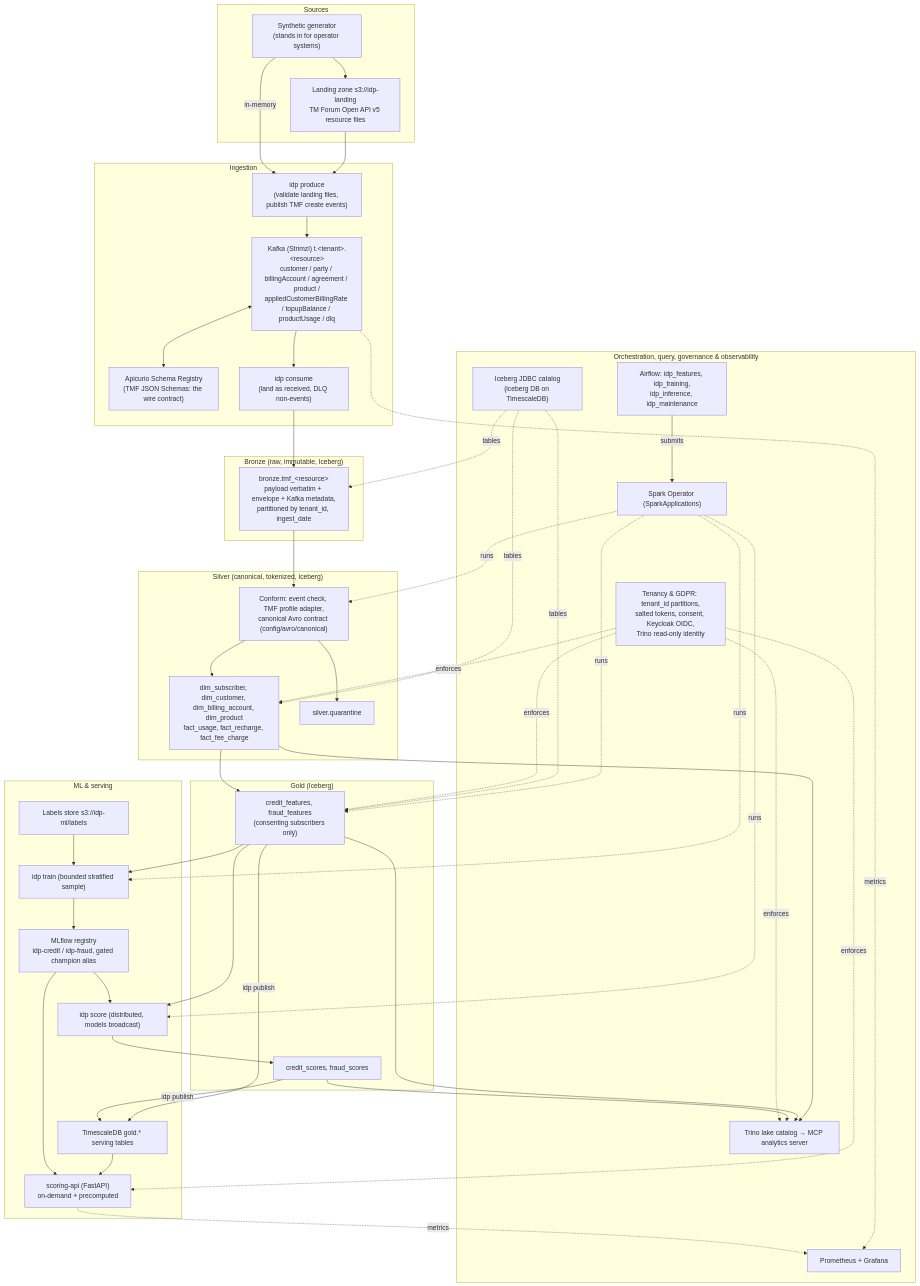
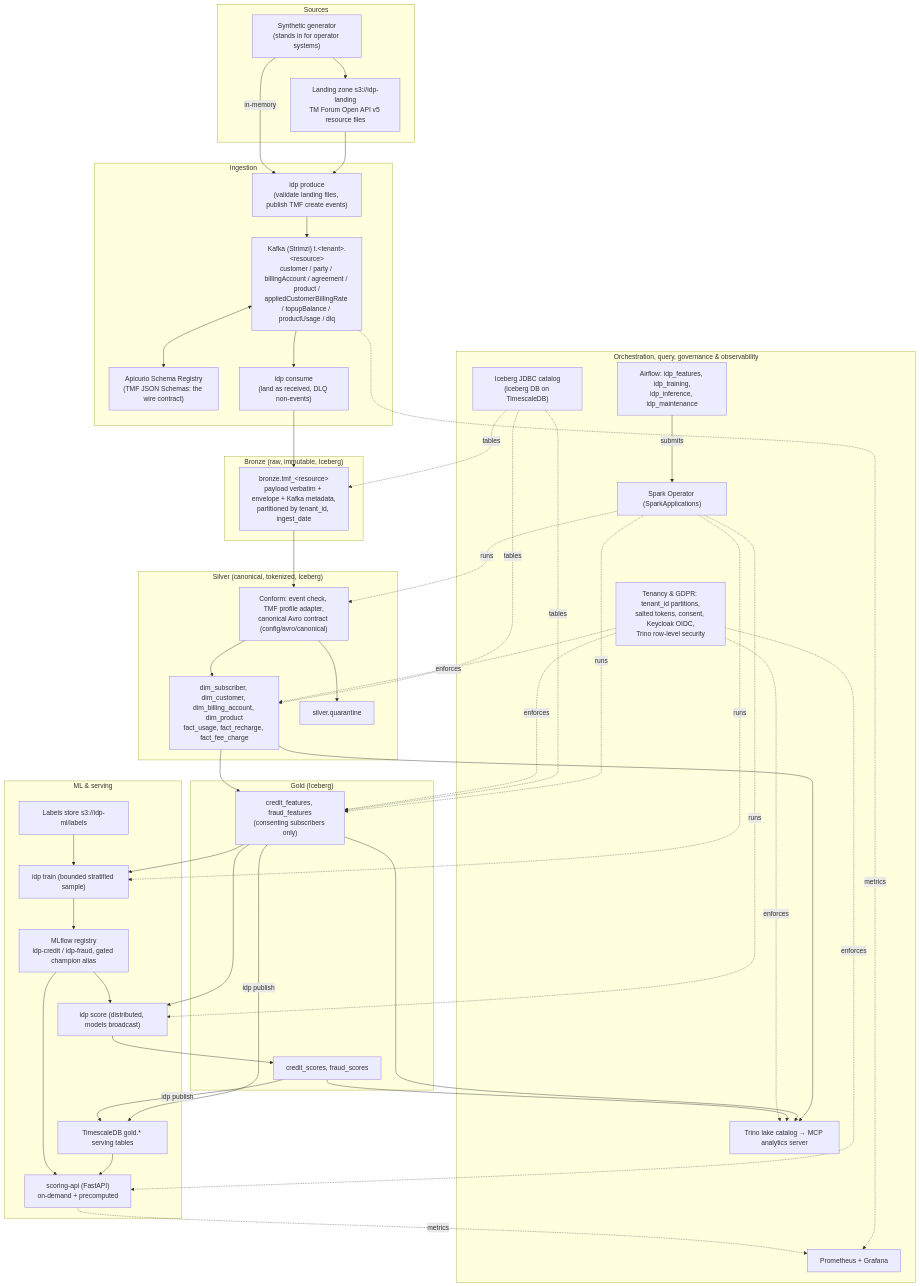
The second of 3 diagrams in README.md (vikasagarwal2485/intelligent_data_platform), drawn with Mermaid before and after one commit. The commit also changed other lines of this file and 62 other files, not shown here.

Commit message:
tenant-identity-and-trino-rls

````diff
--- a/README.md
+++ b/README.md
@@ -153,67 +154,67 @@
 ```mermaid
 flowchart TB
 
     subgraph SRC["Sources"]
         SYN["Synthetic generator<br/>(stands in for operator systems)"]
         LAND["Landing zone s3://idp-landing<br/>TM Forum Open API v5 resource files"]
     end
 
     subgraph ING["Ingestion"]
         PROD["idp produce<br/>(validate landing files, publish TMF create events)"]
         KAFKA["Kafka (Strimzi) t.&lt;tenant&gt;.&lt;resource&gt;<br/>customer / party / billingAccount / agreement / product /<br/>appliedCustomerBillingRate / topupBalance / productUsage / dlq"]
         SR["Apicurio Schema Registry<br/>(TMF JSON Schemas: the wire contract)"]
         CONS["idp consume<br/>(land as received, DLQ non-events)"]
     end
 
     subgraph BRONZE["Bronze (raw, immutable, Iceberg)"]
         B["bronze.tmf_&lt;resource&gt;<br/>payload verbatim + envelope + Kafka metadata,<br/>partitioned by tenant_id, ingest_date"]
     end
 
     subgraph SILVER["Silver (canonical, tokenized, Iceberg)"]
         CONF["Conform: event check, TMF profile adapter,<br/>canonical Avro contract (config/avro/canonical)"]
         S["dim_subscriber, dim_customer, dim_billing_account, dim_product<br/>fact_usage, fact_recharge, fact_fee_charge"]
         Q["silver.quarantine"]
     end
 
     subgraph GOLD["Gold (Iceberg)"]
         G1["credit_features, fraud_features<br/>(consenting subscribers only)"]
         G2["credit_scores, fraud_scores"]
     end
 
     subgraph ML["ML & serving"]
         LBL["Labels store s3://idp-ml/labels"]
         TRAIN["idp train (bounded stratified sample)"]
         REG["MLflow registry<br/>idp-credit / idp-fraud, gated champion alias"]
         SCORE["idp score (distributed, models broadcast)"]
         TS["TimescaleDB gold.* serving tables"]
         API["scoring-api (FastAPI)<br/>on-demand + precomputed"]
     end
 
     subgraph OPS["Orchestration, query, governance & observability"]
         AF["Airflow: idp_features, idp_training,<br/>idp_inference, idp_maintenance"]
         SPK["Spark Operator (SparkApplications)"]
         CAT["Iceberg JDBC catalog<br/>(iceberg DB on TimescaleDB)"]
         TR["Trino lake catalog → MCP analytics server"]
-        GOV["Tenancy & GDPR: tenant_id partitions,<br/>salted tokens, consent, Keycloak OIDC,<br/>Trino read-only identity"]
+        GOV["Tenancy & GDPR: tenant_id partitions,<br/>salted tokens, consent, Keycloak OIDC,<br/>Trino row-level security"]
         MON["Prometheus + Grafana"]
     end
 
     SYN --> LAND --> PROD
     SYN -->|in-memory| PROD
     PROD --> KAFKA
     KAFKA <--> SR
     KAFKA --> CONS --> B
     B --> CONF --> S
     CONF --> Q
     S --> G1
     G1 & LBL --> TRAIN --> REG
     G1 & REG --> SCORE --> G2
     G1 & G2 -->|idp publish| TS
     TS & REG --> API
     S & G1 & G2 --> TR
     AF -->|submits| SPK
     SPK -.runs.-> CONF & G1 & TRAIN & SCORE
     CAT -.tables.-> B & S & G1
     GOV -.enforces.-> S & G1 & TR & API
     KAFKA & API -.metrics.-> MON
 ```
````
